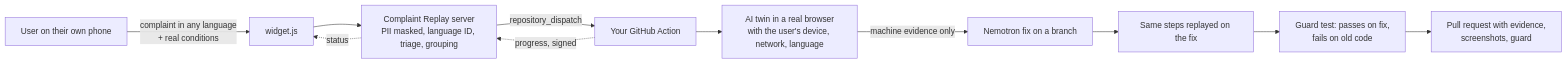
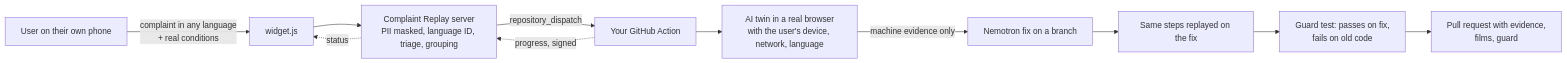
Before and after one commit to yashasviyadav30/complaint-replay: the diagram in README.md, drawn with Mermaid. The commit also changed other lines of this file and 20 other files, not shown here.

````diff
--- a/README.md
+++ b/README.md
@@ -180,13 +174,13 @@
 ```mermaid
 flowchart LR
     U["User on their own phone"] -->|"complaint in any language<br/>+ real conditions"| W["widget.js"]
     W --> S["Complaint Replay server<br/>PII masked, language ID, triage, grouping"]
     S -->|"repository_dispatch"| A["Your GitHub Action"]
     A --> T["AI twin in a real browser<br/>with the user's device, network, language"]
     T -->|"machine evidence only"| F["Nemotron fix on a branch"]
     F --> P["Same steps replayed on the fix"]
     P --> G["Guard test: passes on fix,<br/>fails on old code"]
-    G --> PR["Pull request with evidence,<br/>screenshots, guard"]
+    G --> PR["Pull request with evidence,<br/>films, guard"]
     A -. "progress, signed" .-> S
     S -. "status" .-> W
 ```
````
